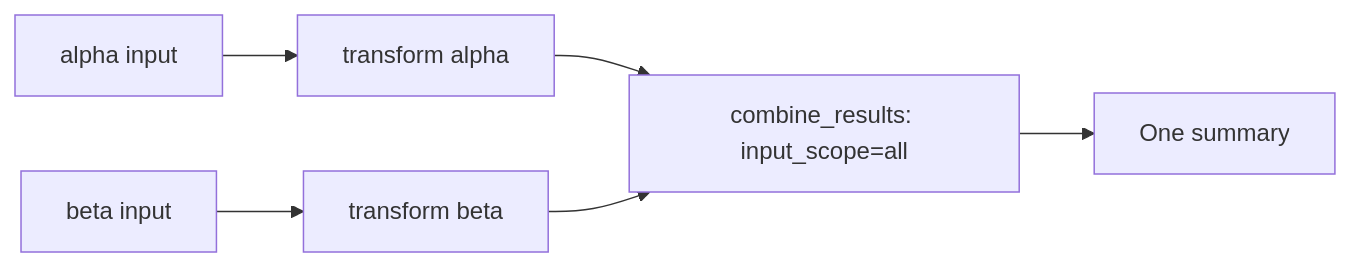
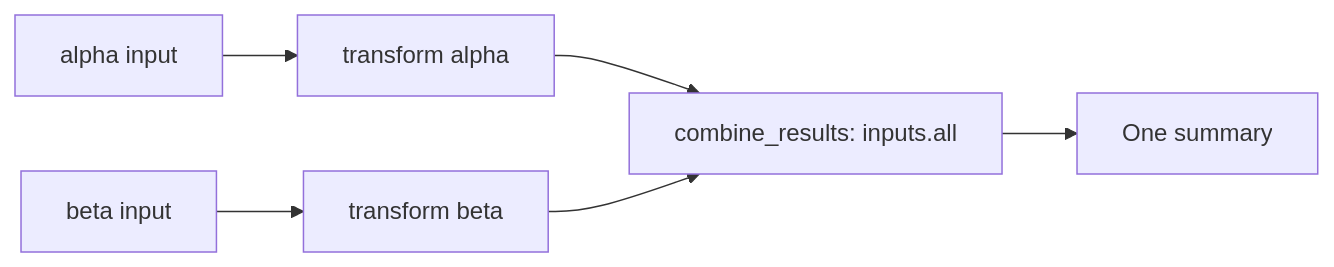
One commit to jmsapps/caravel changed the diagram in examples/combining_results/README.md. Above: the diagram before and after it, drawn with Mermaid. The commit also changed other lines of this file and 45 other files, not shown here.

````diff
--- a/examples/combining_results/README.md
+++ b/examples/combining_results/README.md
@@ -12,8 +12,8 @@
 ```mermaid
 flowchart LR
     A[alpha input] --> B[transform alpha]
     C[beta input] --> D[transform beta]
-    B --> E[combine_results: input_scope=all]
+    B --> E[combine_results: inputs.all]
     D --> E
     E --> F[One summary]
 ```
````
